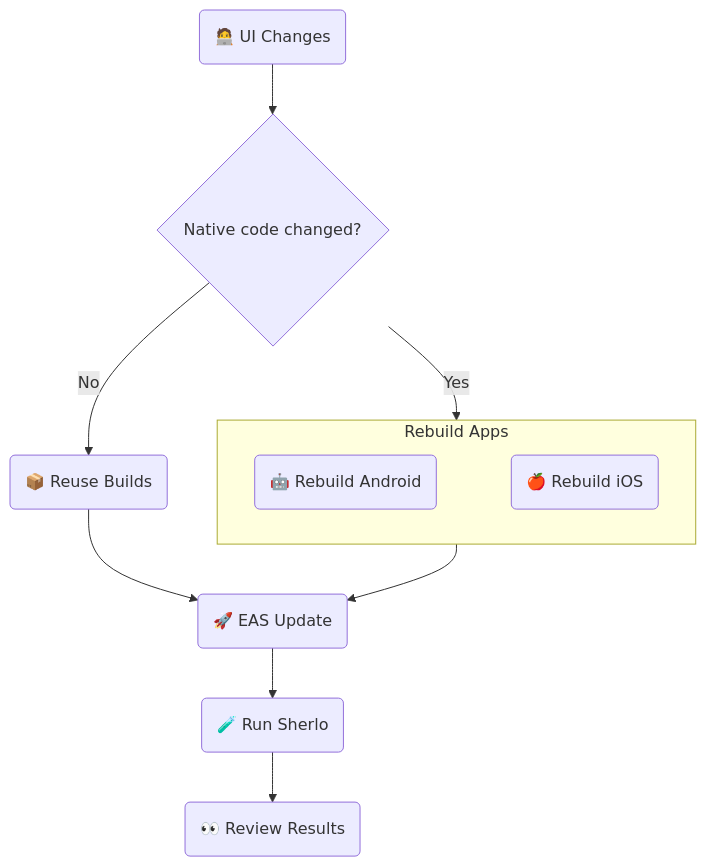
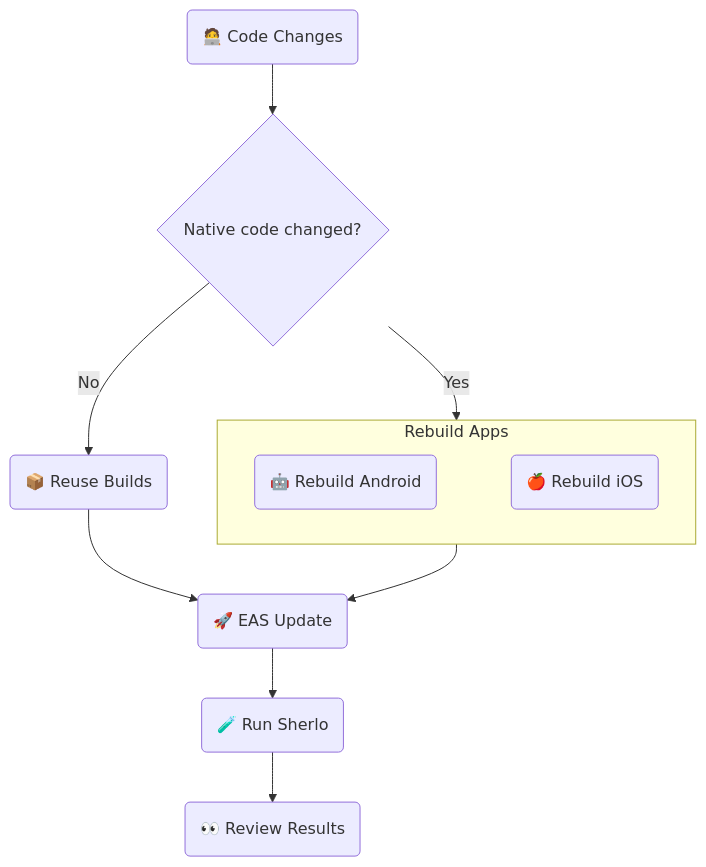
Before and after one commit to sherlo-io/sherlo: the diagram in examples/eas-update/README.md, drawn with Mermaid. The commit also changed 1 other file, not shown here.

Commit message:
no message

````diff
--- a/examples/eas-update/README.md
+++ b/examples/eas-update/README.md
@@ -11,21 +11,21 @@
 ```mermaid
 flowchart TB
-   UI(🧑‍💻 UI Changes)
+   UI(🧑‍💻 Code Changes)
    Check{Native code changed?}
    Reuse(📦 Reuse Builds)
    subgraph Rebuild[Rebuild Apps]
       Android(🤖 Rebuild Android)
       iOS(🍎 Rebuild iOS)
       Android ~~~ iOS
    end
    Update(🚀 EAS Update)
    Sherlo(🧪 Run Sherlo)
    Review(👀 Review Results)
 
    UI --> Check
    Check -->|No| Reuse
    Check -->|Yes| Rebuild
    Reuse & Rebuild --> Update
    Update --> Sherlo
    Sherlo --> Review
 ```
````
